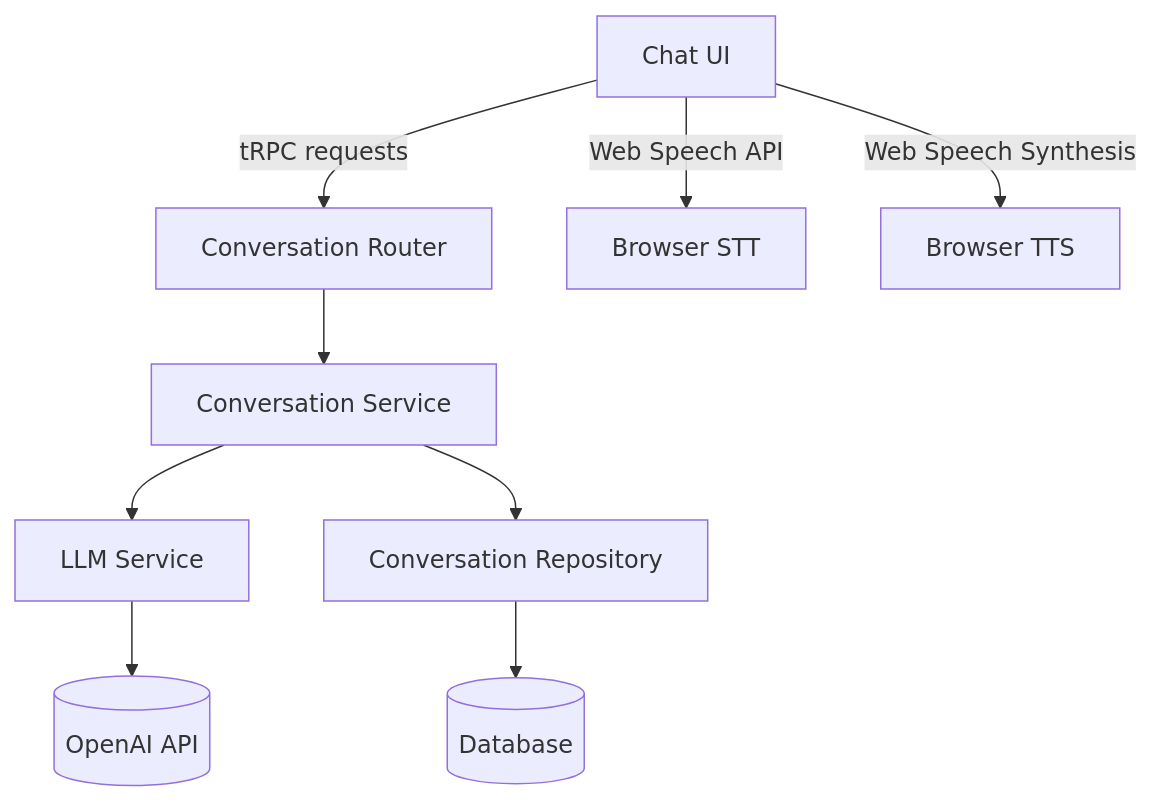
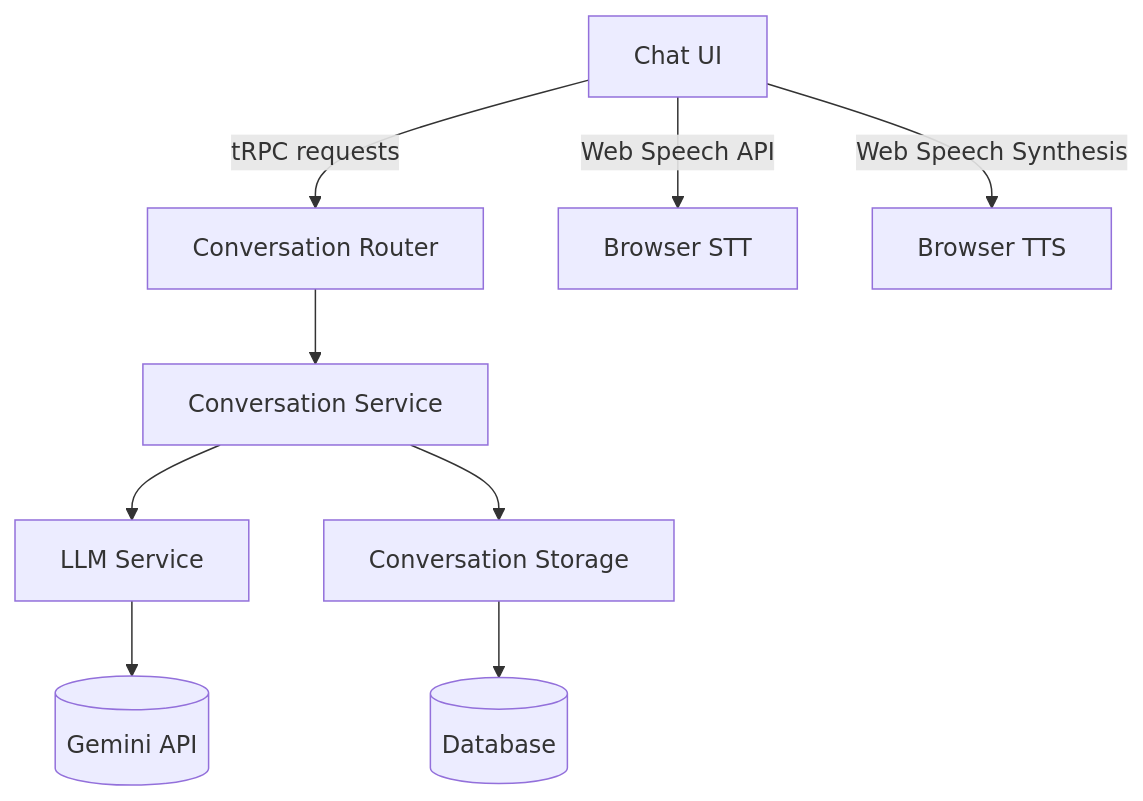
The diagram in chat-api-spec.md (DylDarab/travel-tongue), drawn with Mermaid before and after one commit. The commit also changed other lines of this file, not shown here.

First line of the commit message:
feat: Simplify Chat API Specification and enhance conversation handling

````diff
--- a/chat-api-spec.md
+++ b/chat-api-spec.md
@@ -7,11 +7,11 @@
 ```mermaid
 graph TD
     A[Chat UI] -->|tRPC requests| B[Conversation Router]
     B --> C[Conversation Service]
     C --> D[LLM Service]
-    C --> F[Conversation Repository]
+    C --> F[Conversation Storage]
     F --> G[(Database)]
-    D --> H[(OpenAI API)]
+    D --> H[(Gemini API)]
     A -->|Web Speech API| J[Browser STT]
     A -->|Web Speech Synthesis| K[Browser TTS]
 ```
````
